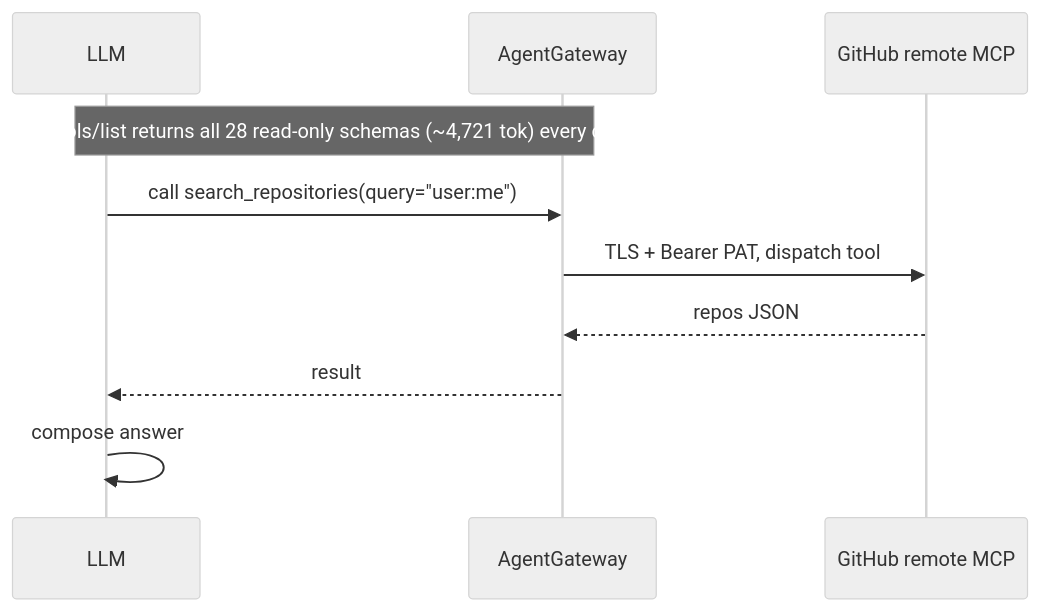
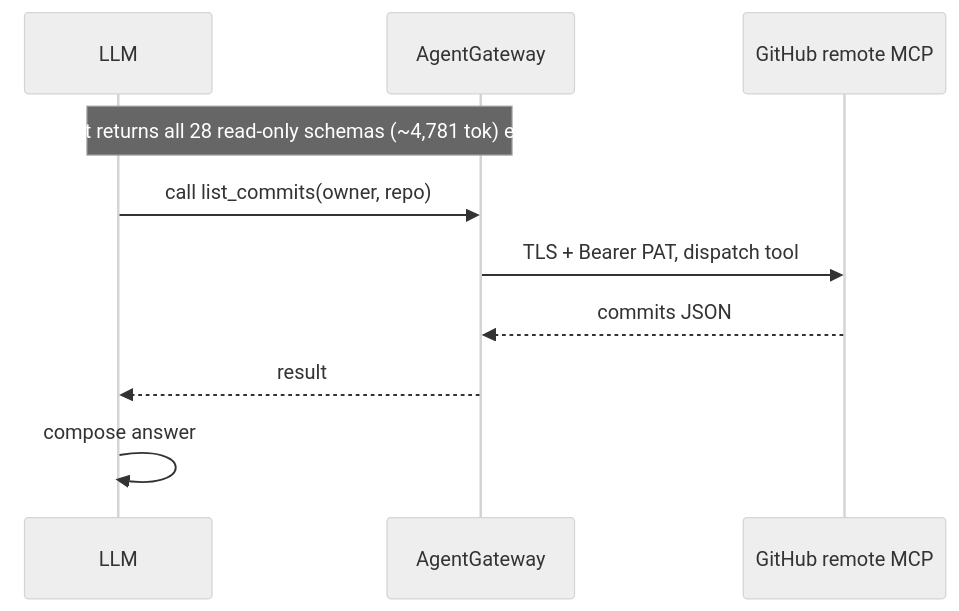
One commit to sebbycorp/agentgateway-demos changed the second of 6 diagrams in 104-ent-github-tokenomics/README.md. Above: the diagram before and after it, drawn with Mermaid (neutral theme). The commit also changed other lines of this file and 8 other files, not shown here.

First line of the commit message:
chore(104): lock test to a single read-only sandbox repo

````diff
--- a/104-ent-github-tokenomics/README.md
+++ b/104-ent-github-tokenomics/README.md
@@ -58,12 +61,12 @@
 ```mermaid
 sequenceDiagram
     participant M as LLM
     participant G as AgentGateway
     participant GH as GitHub remote MCP
-    Note over M,G: tools/list returns all 28 read-only schemas (~4,721 tok) every call
-    M->>G: call search_repositories(query="user:me")
+    Note over M,G: tools/list returns all 28 read-only schemas (~4,781 tok) every call
+    M->>G: call list_commits(owner, repo)
     G->>GH: TLS + Bearer PAT, dispatch tool
-    GH-->>G: repos JSON
+    GH-->>G: commits JSON
     G-->>M: result
     M->>M: compose answer
 ```
````
